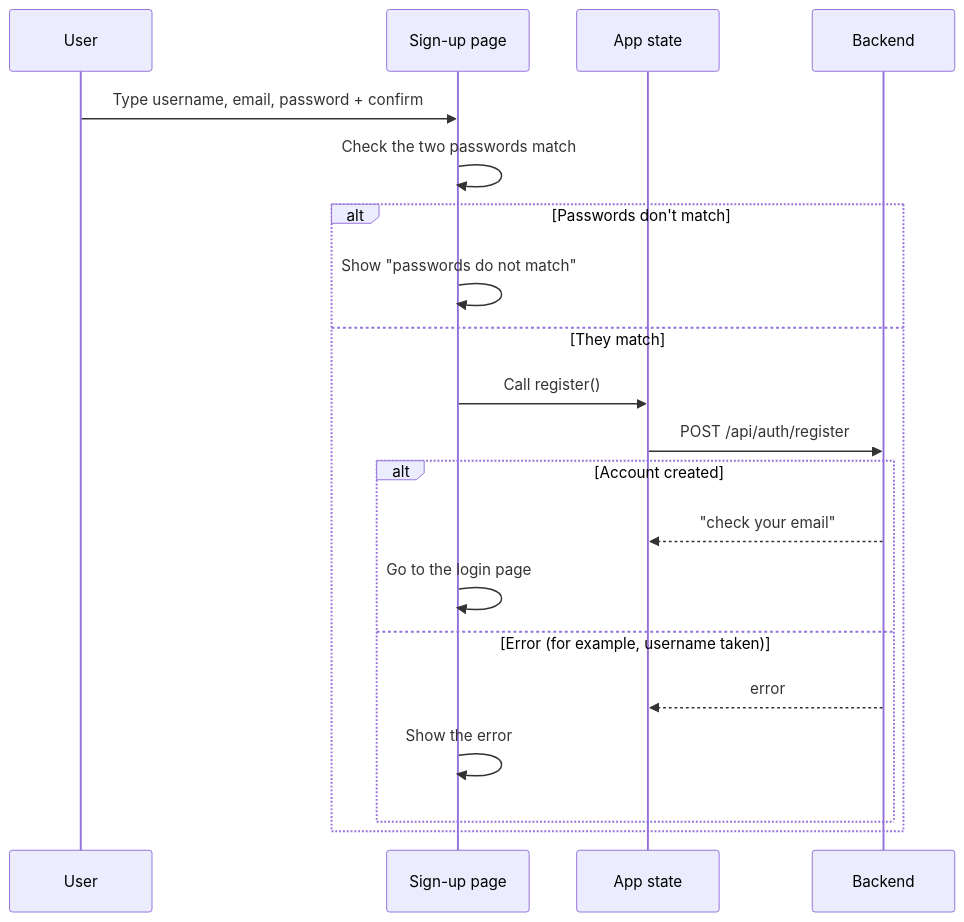
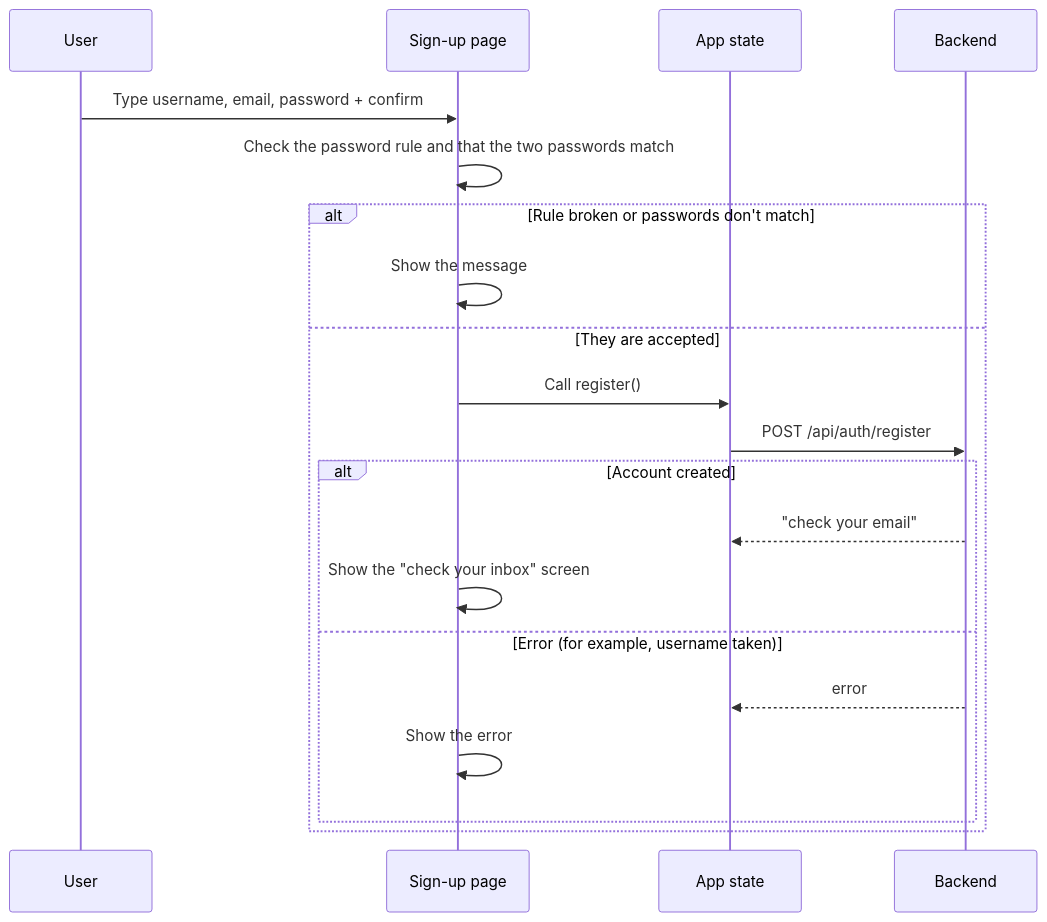
The second of 3 diagrams in docs/frontend/frontend-auth-pages-module.md (J00ZzZ/ft_transcendence), drawn with Mermaid before and after one commit. The commit also changed other lines of this file and 31 other files, not shown here.

````diff
--- a/docs/frontend/frontend-auth-pages-module.md
+++ b/docs/frontend/frontend-auth-pages-module.md
@@ -115,23 +115,23 @@
 ```mermaid
 sequenceDiagram
     participant User
     participant Signup as Sign-up page
     participant Store as App state
     participant API as Backend
 
     User->>Signup: Type username, email, password + confirm
-    Signup->>Signup: Check the two passwords match
-    alt Passwords don't match
-        Signup->>Signup: Show "passwords do not match"
-    else They match
+    Signup->>Signup: Check the password rule and that the two passwords match
+    alt Rule broken or passwords don't match
+        Signup->>Signup: Show the message
+    else They are accepted
         Signup->>Store: Call register()
         Store->>API: POST /api/auth/register
         alt Account created
             API-->>Store: "check your email"
-            Signup->>Signup: Go to the login page
+            Signup->>Signup: Show the "check your inbox" screen
         else Error (for example, username taken)
             API-->>Store: error
             Signup->>Signup: Show the error
         end
     end
 ```
````
